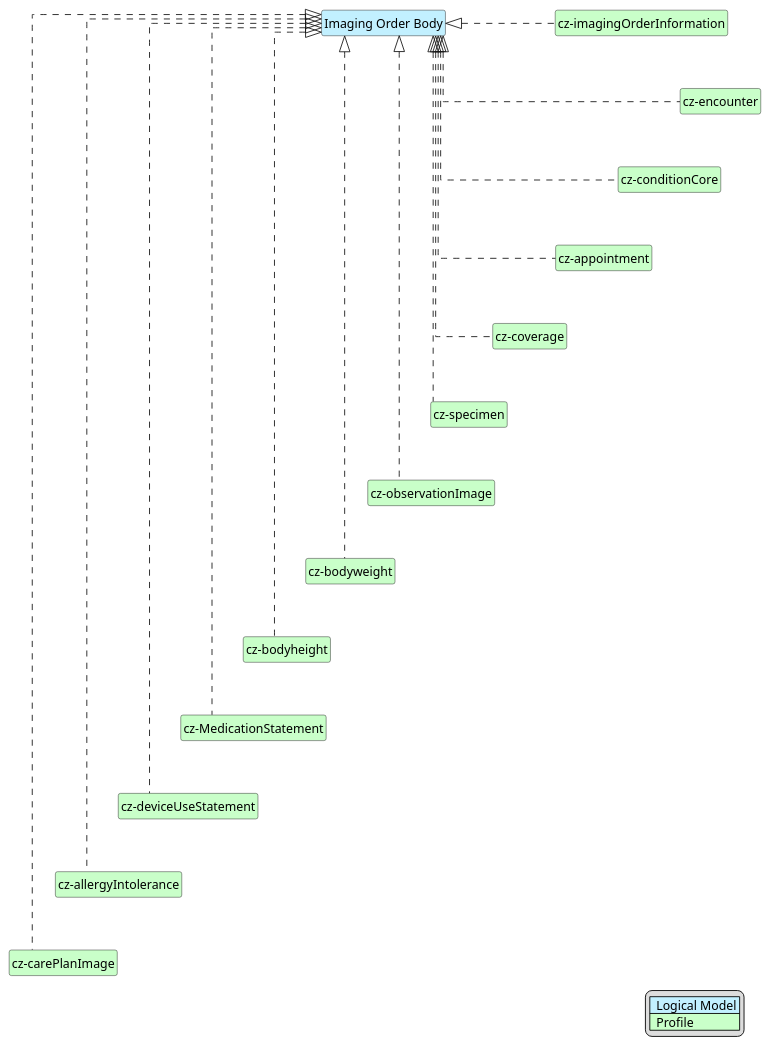
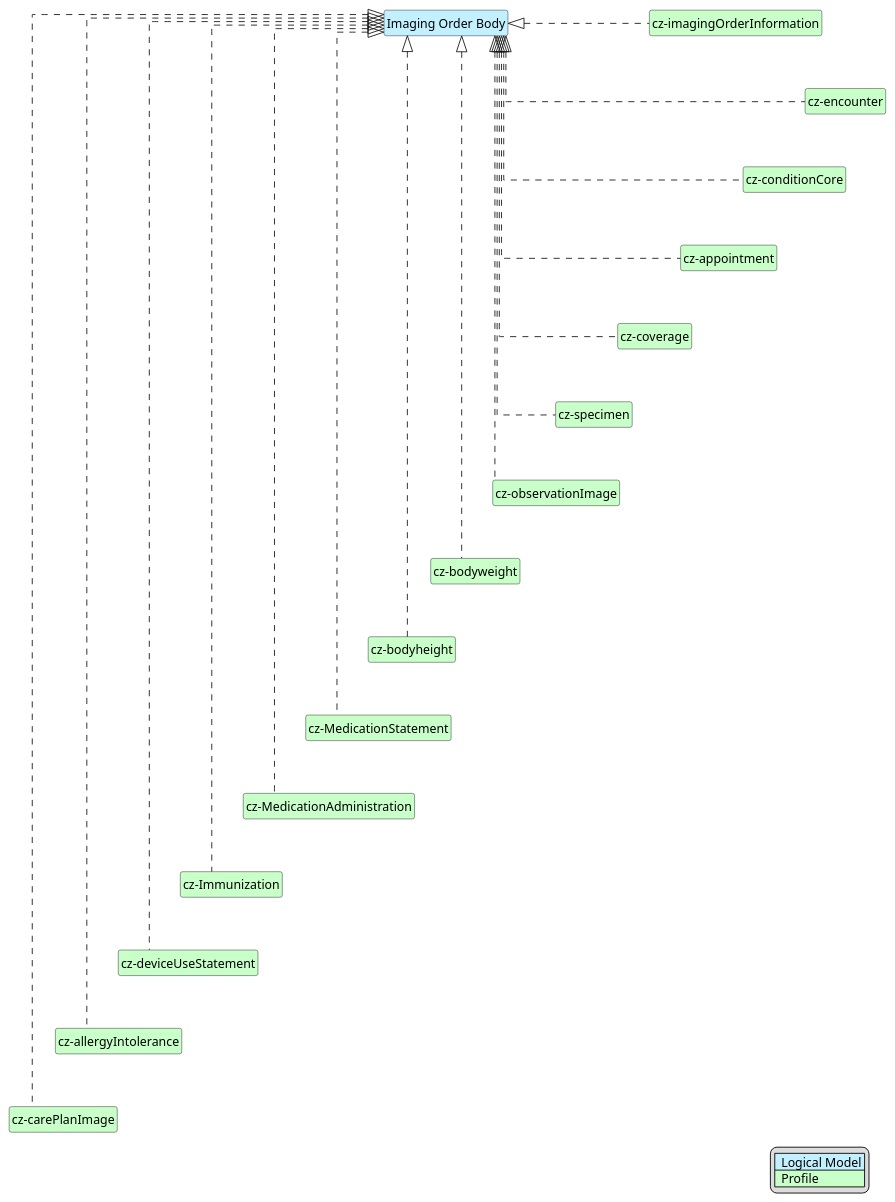
The diagram in input/images-source/imgOrderBody-map.plantuml (HL7-cz/img-order), drawn with PlantUML before and after one commit. The commit also changed 7 other files, not shown here.

Commit message:
Add profiles medication administration and immunization to supportinginfo

```diff
--- a/input/images-source/imgOrderBody-map.plantuml
+++ b/input/images-source/imgOrderBody-map.plantuml
@@ -1,58 +1,64 @@
 @startuml
 hide circle
 hide stereotype
 hide members
 hide methods
 skinparam linetype ortho
 skinparam class {
 BackgroundColor<<LogicalModel>> #APPLICATION
 BackgroundColor<<Profile>> #TECHNOLOGY
 }
 legend right
 | <#APPLICATION>  Logical Model |
 | <#TECHNOLOGY>  Profile |
 endlegend
 class "Imaging Order Body" <<LogicalModel>> [[StructureDefinition-BodyImageOrderCz.html]]
 
 class "cz-imagingOrderInformation" <<Profile>> [[StructureDefinition-cz-imagingOrderInformation.html]]
 class "cz-conditionCore" <<Profile>> [[https://hl7.cz/fhir/core/StructureDefinition-condition-cz-core.html]]
 class "cz-encounter" <<Profile>> [[https://hl7.cz/fhir/core/StructureDefinition-cz-encounter.html]]
 class "cz-coverage" <<Profile>> [[https://hl7.cz/fhir/core/StructureDefinition-cz-coverage.html]]
 class "cz-appointment" <<Profile>> [[https://hl7.cz/fhir/core/StructureDefinition-appointment-cz-core.html]]
 class "cz-specimen" <<Profile>> [[https://hl7.cz/fhir/core/StructureDefinition-cz-specimen.html]]
 class "cz-observationImage" <<Profile>> [[StructureDefinition-cz-observationImage.html]]
 class "cz-bodyweight" <<Profile>> [[StructureDefinition-cz-bodyweight.html]]
 class "cz-bodyheight" <<Profile>> [[StructureDefinition-cz-bodyheight.html]]
 class "cz-MedicationStatement" <<Profile>> [[https://hl7.cz/fhir/core/StructureDefinition-medicationStatement-cz-core.html]]
+class "cz-MedicationAdministration" <<Profile>> [[https://hl7.cz/fhir/core/StructureDefinition-medicationAdministration-cz-core.html]]
+class "cz-Immunization" <<Profile>> [[https://hl7.cz/fhir/core/StructureDefinition-immunization-cz-core.html]]
 class "cz-deviceUseStatement" <<Profile>> [[StructureDefinition-cz-deviceUseStatement.html]]
 class "cz-allergyIntolerance" <<Profile>> [[https://hl7.cz/fhir/core/StructureDefinition-allergyIntolerance-cz-core.html]]
 class "cz-carePlanImage" <<Profile>> [[https://hl7.cz/fhir/core/StructureDefinition-carePlan-cz-core.html]]
 
 "Imaging Order Body" <|. "cz-imagingOrderInformation"
 "Imaging Order Body" <|. "cz-appointment"
 "Imaging Order Body" <|. "cz-coverage"
 "Imaging Order Body" <|. "cz-conditionCore"
 "Imaging Order Body" <|. "cz-encounter"
 "Imaging Order Body" <|. "cz-specimen"
 "Imaging Order Body" <|. "cz-observationImage"
 "Imaging Order Body" <|. "cz-bodyweight"
 "Imaging Order Body" <|. "cz-bodyheight"
 "Imaging Order Body" <|. "cz-MedicationStatement"
+"Imaging Order Body" <|. "cz-MedicationAdministration"
+"Imaging Order Body" <|. "cz-Immunization"
 "Imaging Order Body" <|. "cz-deviceUseStatement"
 "Imaging Order Body" <|. "cz-allergyIntolerance"
 "Imaging Order Body" <|. "cz-carePlanImage"
 
 "cz-imagingOrderInformation" -d[hidden]-> "cz-encounter"
 "cz-encounter" -d[hidden]-> "cz-conditionCore"
 "cz-conditionCore" -d[hidden]-> "cz-appointment"
 "cz-appointment" -d[hidden]-> "cz-coverage"
 "cz-coverage" -d[hidden]-> "cz-specimen"
 "cz-specimen" -d[hidden]-> "cz-observationImage"
 "cz-observationImage" -d[hidden]-> "cz-bodyweight"
 "cz-bodyweight" -d[hidden]-> "cz-bodyheight"
 "cz-bodyheight" -d[hidden]-> "cz-MedicationStatement"
-"cz-MedicationStatement" -d[hidden]-> "cz-deviceUseStatement"
+"cz-MedicationStatement" -d[hidden]-> "cz-MedicationAdministration"
+"cz-MedicationAdministration" -d[hidden]-> "cz-Immunization"
+"cz-Immunization" -d[hidden]-> "cz-deviceUseStatement"
 "cz-deviceUseStatement" -d[hidden]-> "cz-allergyIntolerance"
 "cz-allergyIntolerance" -d[hidden]-> "cz-carePlanImage"
 
 @enduml
```
